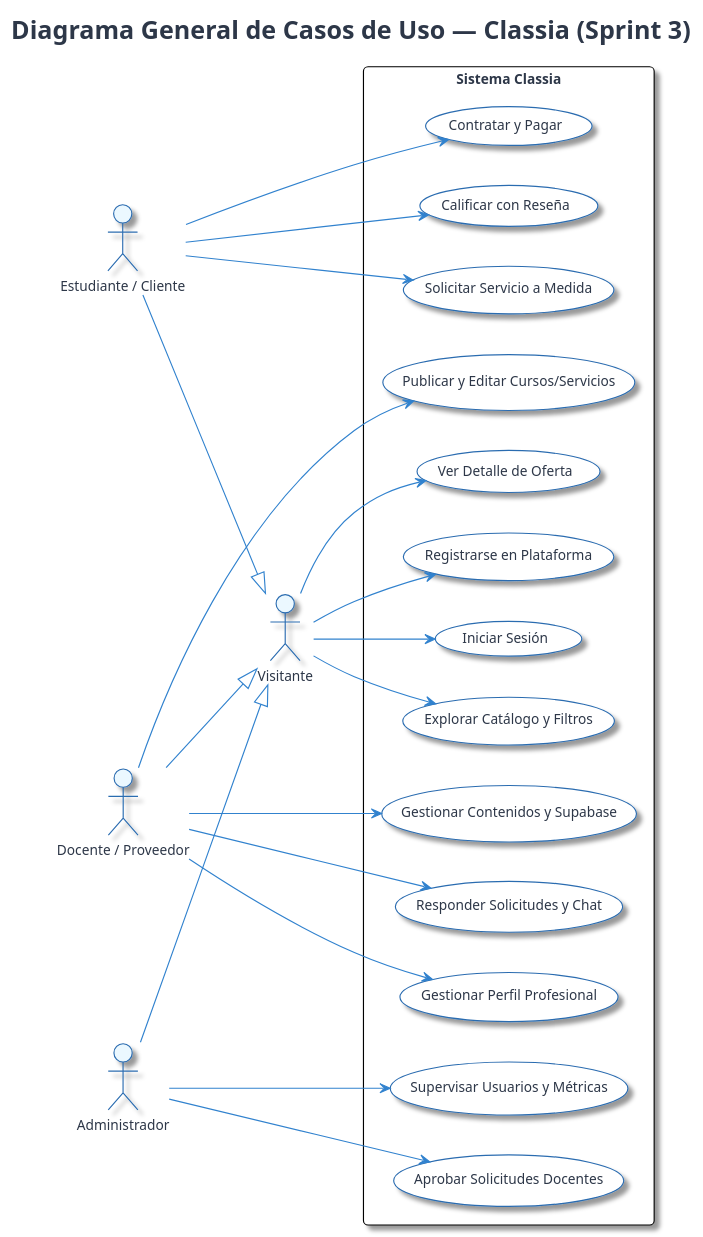
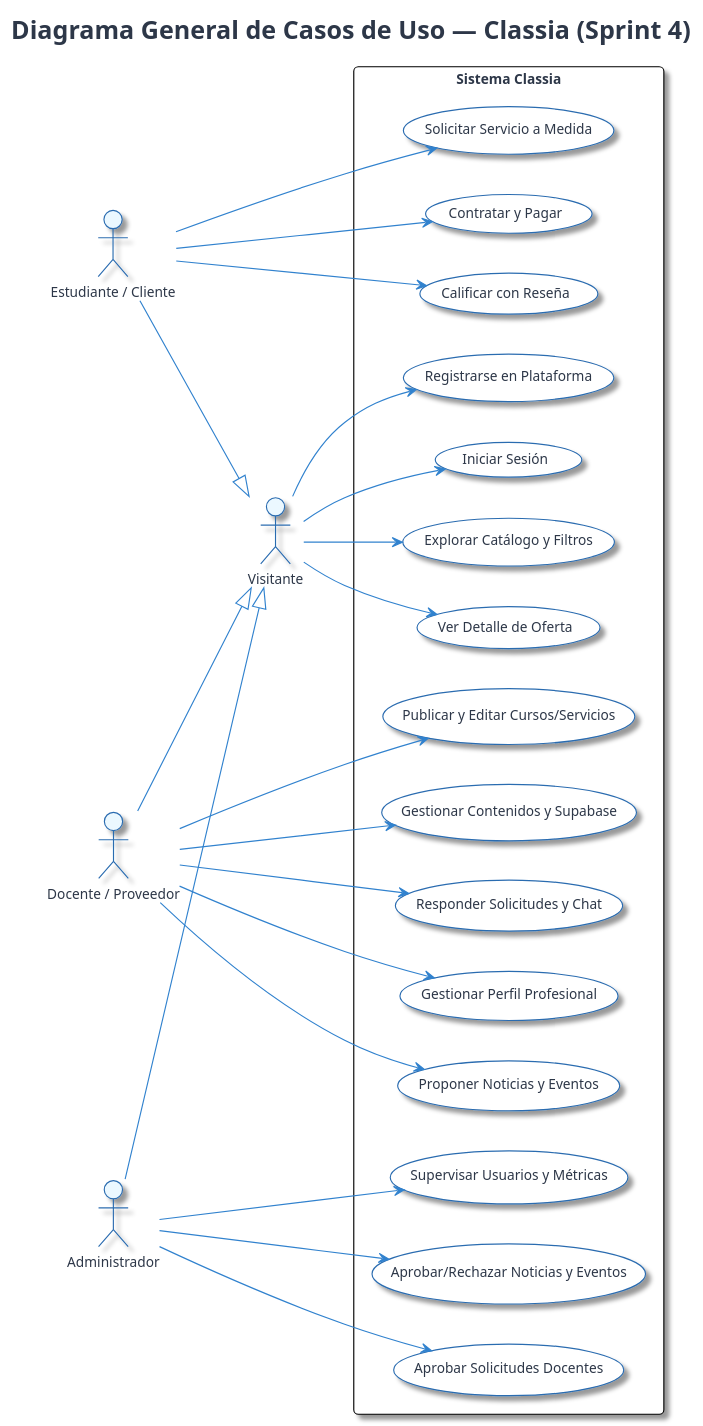
Before and after one commit to Matiuz06/Proyecto_TIS_Classia: the diagram in docs/casos_de_uso_classia.md, drawn with PlantUML. The commit also changed other lines of this file and 10 other files, not shown here.

```diff
--- a/docs/casos_de_uso_classia.md
+++ b/docs/casos_de_uso_classia.md
@@ -44,7 +44,7 @@
     ActorBackgroundColor #EBF8FF
 }
 
-title Diagrama General de Casos de Uso — Classia (Sprint 3)
+title Diagrama General de Casos de Uso — Classia (Sprint 4)
 
 left to right direction
 
@@ -65,7 +65,9 @@
   usecase "Gestionar Contenidos y Supabase" as UC_Cont
   usecase "Responder Solicitudes y Chat" as UC_RespSol
   usecase "Gestionar Perfil Profesional" as UC_Perf
+  usecase "Proponer Noticias y Eventos" as UC_Prop
   usecase "Supervisar Usuarios y Métricas" as UC_Adm
+  usecase "Aprobar/Rechazar Noticias y Eventos" as UC_ModNE
   usecase "Aprobar Solicitudes Docentes" as UC_ApprDoc
 }
 
@@ -84,9 +86,11 @@
 Docente --> UC_Cont
 Docente --> UC_RespSol
 Docente --> UC_Perf
+Docente --> UC_Prop
 
 Admin --|> Visitante
 Admin --> UC_Adm
+Admin --> UC_ModNE
 Admin --> UC_ApprDoc
 @enduml
 
```
